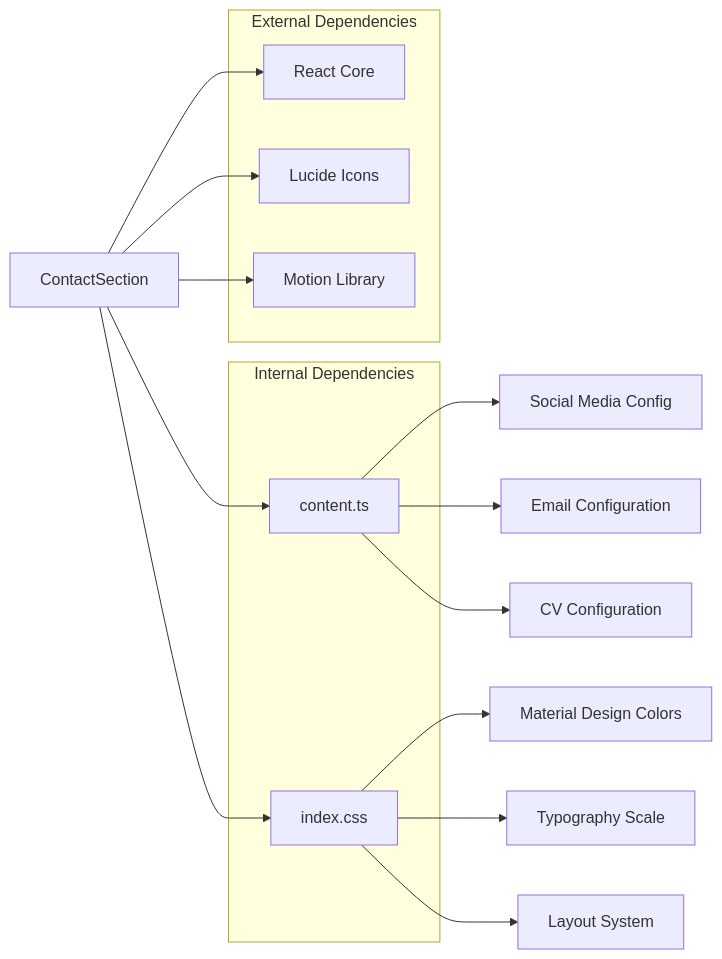
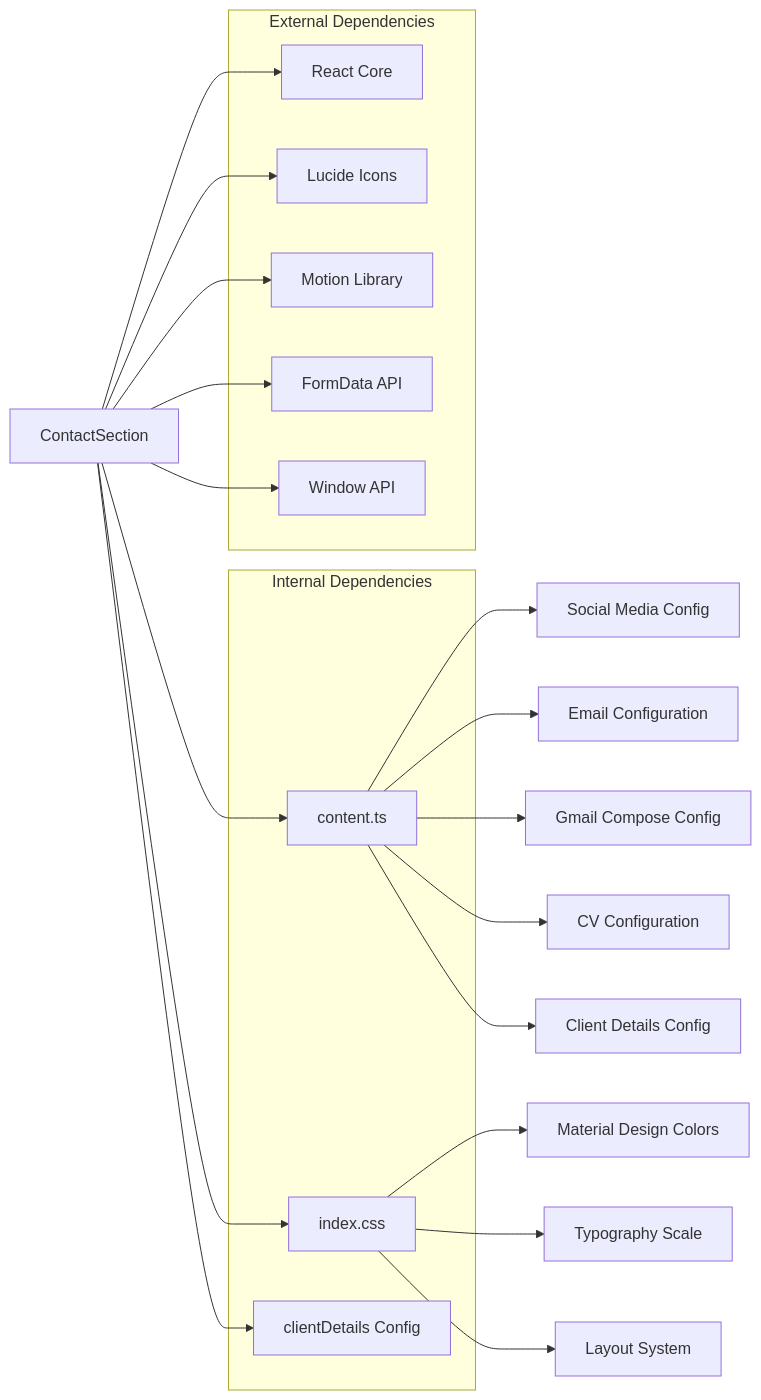
Before and after one commit to subash7781/Portfolio: the fifth of 5 diagrams in .qoder/repowiki/en/content/Component Library & UI Elements/ContactSection Component.md, drawn with Mermaid. The commit also changed other lines of this file and 5 other files, not shown here.

````diff
--- a/.qoder/repowiki/en/content/Component Library & UI Elements/ContactSection Component.md
+++ b/.qoder/repowiki/en/content/Component Library & UI Elements/ContactSection Component.md
@@ -245,23 +296,31 @@
 ```mermaid
 graph LR
 subgraph "Internal Dependencies"
 Content[content.ts]
 Theme[index.css]
+ClientDetails[clientDetails Config]
 end
 subgraph "External Dependencies"
 React[React Core]
 Lucide[Lucide Icons]
 Motion[Motion Library]
+FormData[FormData API]
+Window[Window API]
 end
 ContactSection --> Content
 ContactSection --> Theme
+ContactSection --> ClientDetails
 ContactSection --> React
 ContactSection --> Lucide
 ContactSection --> Motion
+ContactSection --> FormData
+ContactSection --> Window
 Content --> SocialConfig["Social Media Config"]
 Content --> EmailConfig["Email Configuration"]
+Content --> GmailConfig["Gmail Compose Config"]
 Content --> CVConfig["CV Configuration"]
+Content --> ClientDetailsConfig["Client Details Config"]
 Theme --> ColorSystem["Material Design Colors"]
 Theme --> Typography["Typography Scale"]
 Theme --> Spacing["Layout System"]
 ```
````
